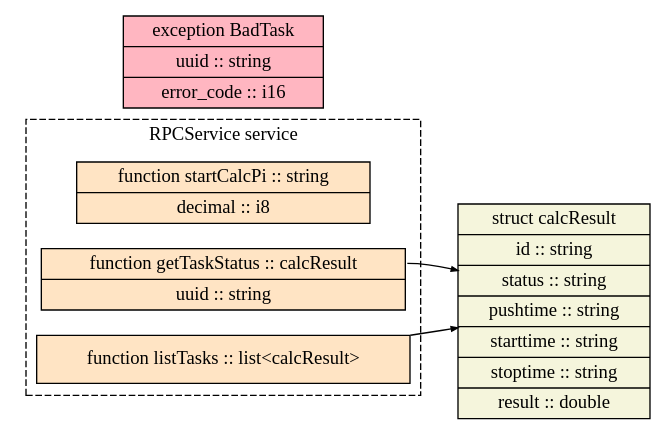
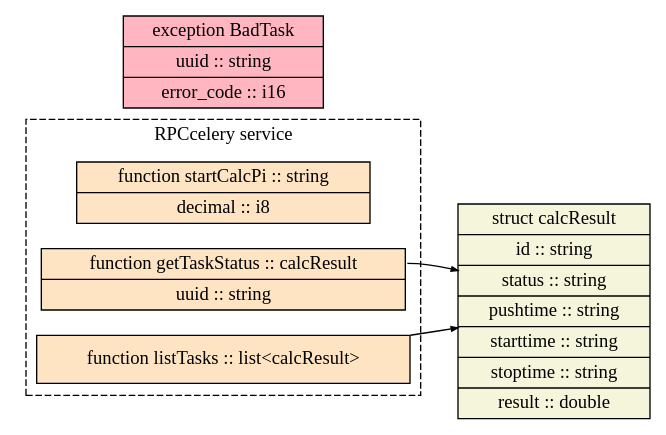
Before and after one commit to mineevburyat/REST_demonstration: the diagram in gen-gv/rpcinterface.gv, drawn with Graphviz. The commit also changed 5 other files, not shown here.

```diff
--- a/gen-gv/rpcinterface.gv
+++ b/gen-gv/rpcinterface.gv
@@ -1,19 +1,19 @@
 digraph "rpcinterface" {
 node [style=filled, shape=record];
 edge [arrowsize=0.5];
 rankdir=LR
 node [fillcolor=beige];
 calcResult [label="struct calcResult|<field_id>id :: string|<field_status>status :: string|<field_pushtime>pushtime :: string|<field_starttime>starttime :: string|<field_stoptime>stoptime :: string|<field_result>result :: double"];
 node [fillcolor=lightpink];
 BadTask [label="exception BadTask|<field_uuid>uuid :: string|<field_error_code>error_code :: i16"];
-subgraph cluster_RPCService {
+subgraph cluster_RPCcelery {
 node [fillcolor=bisque];
 style=dashed;
-label = "RPCService service";
-function_RPCServicestartCalcPi[label="<return_type>function startCalcPi :: string|<param_decimal>decimal :: i8"];
-function_RPCServicegetTaskStatus[label="<return_type>function getTaskStatus :: calcResult|<param_uuid>uuid :: string"];
-function_RPCServicelistTasks[label="<return_type>function listTasks :: list\<calcResult\>"];
+label = "RPCcelery service";
+function_RPCcelerystartCalcPi[label="<return_type>function startCalcPi :: string|<param_decimal>decimal :: i8"];
+function_RPCcelerygetTaskStatus[label="<return_type>function getTaskStatus :: calcResult|<param_uuid>uuid :: string"];
+function_RPCcelerylistTasks[label="<return_type>function listTasks :: list\<calcResult\>"];
  }
-function_RPCServicegetTaskStatus:return_type -> calcResult
-function_RPCServicelistTasks:return_type -> calcResult
+function_RPCcelerygetTaskStatus:return_type -> calcResult
+function_RPCcelerylistTasks:return_type -> calcResult
 }
```
